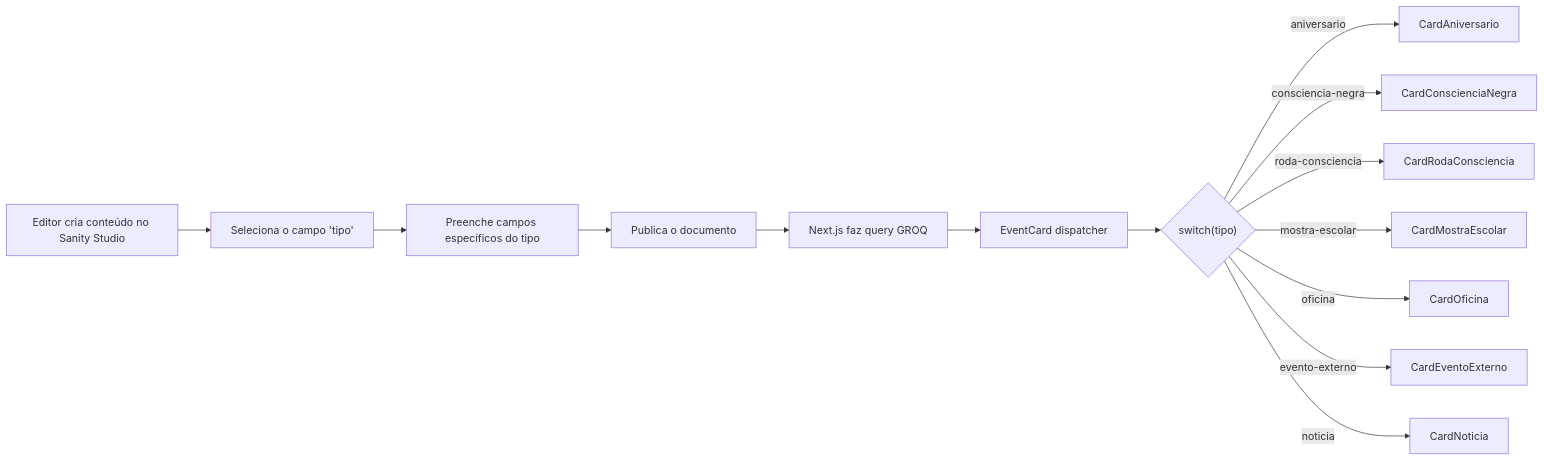
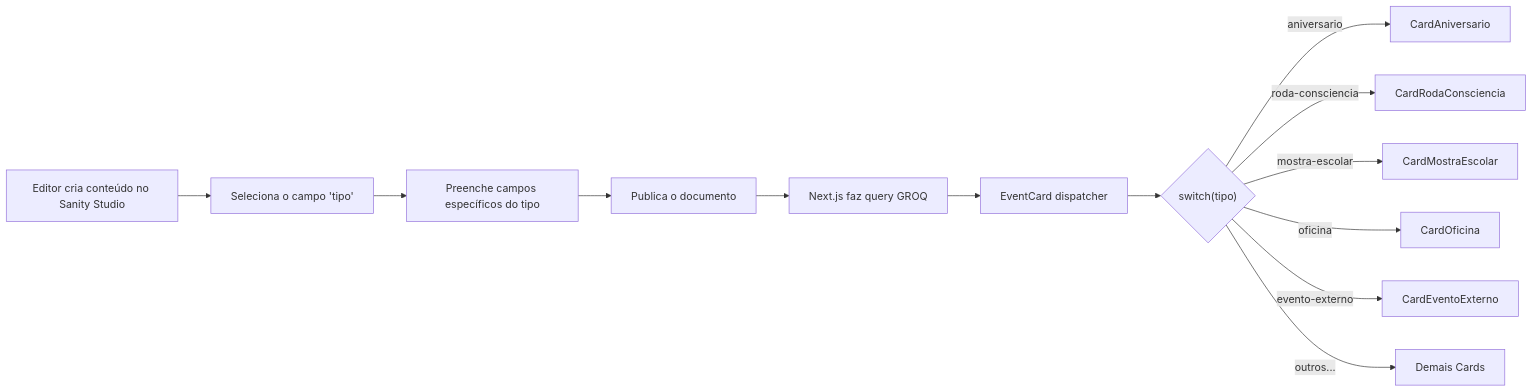
Before and after one commit to JGustavoCN/filhos-de-obaluaie: the diagram in docs/planejamento-cards-tipados.md, drawn with Mermaid. The commit also changed other lines of this file and 5 other files, not shown here.

````diff
--- a/docs/planejamento-cards-tipados.md
+++ b/docs/planejamento-cards-tipados.md
@@ -433,16 +385,15 @@
 ```mermaid
 graph LR
     A["Editor cria conteúdo no Sanity Studio"] --> B["Seleciona o campo 'tipo'"]
     B --> C["Preenche campos específicos do tipo"]
     C --> D["Publica o documento"]
     D --> E["Next.js faz query GROQ"]
     E --> F["EventCard dispatcher"]
     F --> G{"switch(tipo)"}
     G -->|aniversario| H["CardAniversario"]
-    G -->|consciencia-negra| I["CardConscienciaNegra"]
     G -->|roda-consciencia| J["CardRodaConsciencia"]
     G -->|mostra-escolar| K["CardMostraEscolar"]
     G -->|oficina| L["CardOficina"]
     G -->|evento-externo| M["CardEventoExterno"]
-    G -->|noticia| N["CardNoticia"]
+    G -->|outros...| N["Demais Cards"]
 ```
````
